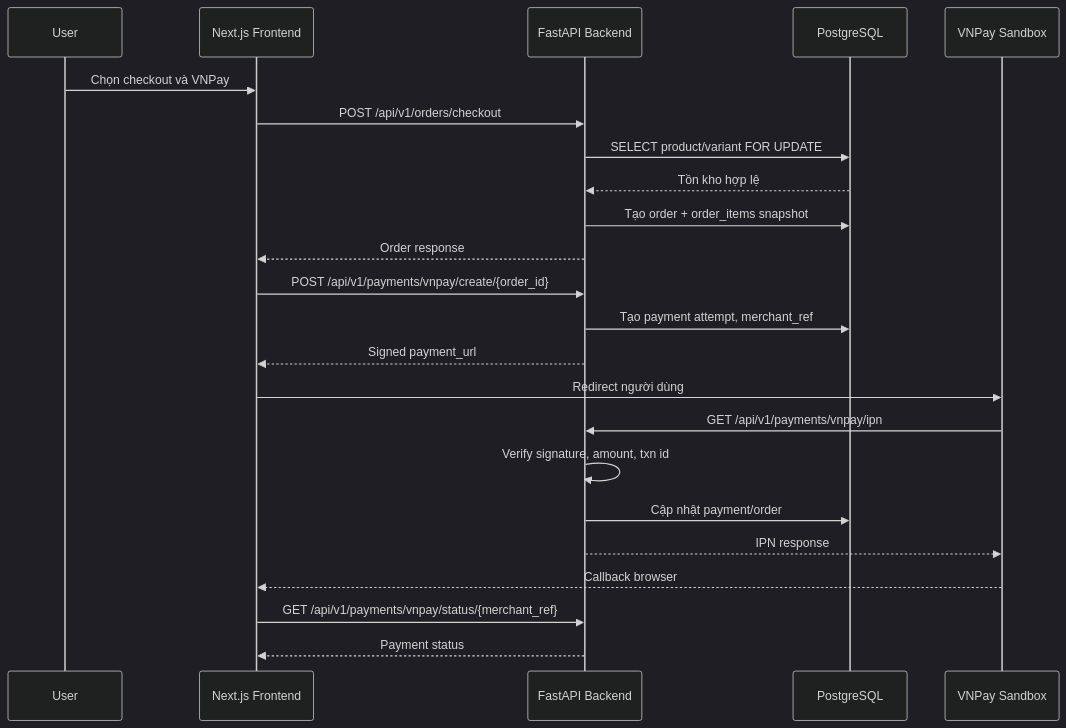
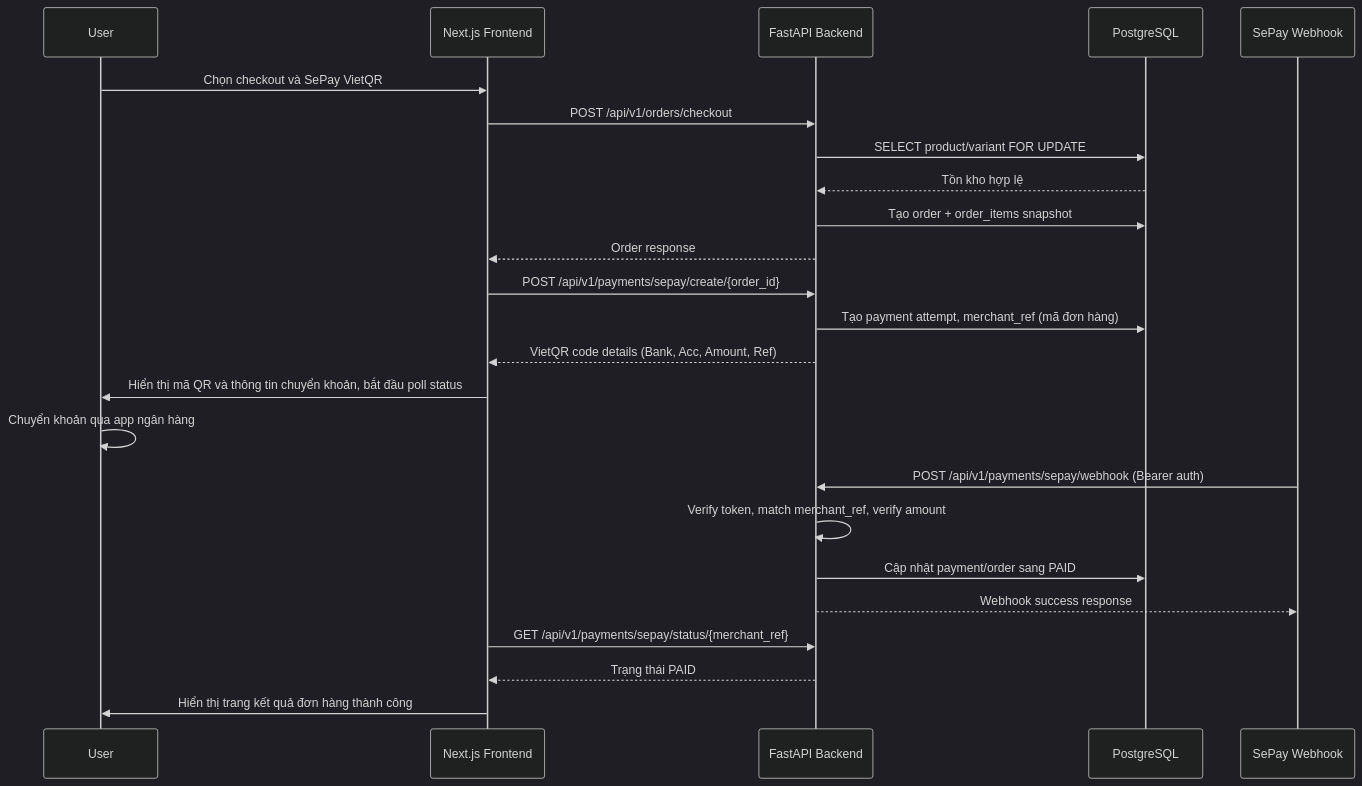
Before and after one commit to quangliz/Petshop: the fifth of 8 diagrams in report/bao-cao-do-an.md, drawn with Mermaid (dark theme). The commit also changed other lines of this file and 18 other files, not shown here.

````diff
--- a/report/bao-cao-do-an.md
+++ b/report/bao-cao-do-an.md
@@ -423,26 +423,27 @@
 ```mermaid
 sequenceDiagram
     participant U as User
     participant FE as Next.js Frontend
     participant API as FastAPI Backend
     participant DB as PostgreSQL
-    participant VN as VNPay Sandbox
+    participant SP as SePay Webhook
 
-    U->>FE: Chọn checkout và VNPay
+    U->>FE: Chọn checkout và SePay VietQR
     FE->>API: POST /api/v1/orders/checkout
     API->>DB: SELECT product/variant FOR UPDATE
     DB-->>API: Tồn kho hợp lệ
     API->>DB: Tạo order + order_items snapshot
     API-->>FE: Order response
-    FE->>API: POST /api/v1/payments/vnpay/create/{order_id}
-    API->>DB: Tạo payment attempt, merchant_ref
-    API-->>FE: Signed payment_url
-    FE->>VN: Redirect người dùng
-    VN->>API: GET /api/v1/payments/vnpay/ipn
-    API->>API: Verify signature, amount, txn id
-    API->>DB: Cập nhật payment/order
-    API-->>VN: IPN response
-    VN-->>FE: Callback browser
-    FE->>API: GET /api/v1/payments/vnpay/status/{merchant_ref}
-    API-->>FE: Payment status
+    FE->>API: POST /api/v1/payments/sepay/create/{order_id}
+    API->>DB: Tạo payment attempt, merchant_ref (mã đơn hàng)
+    API-->>FE: VietQR code details (Bank, Acc, Amount, Ref)
+    FE->>U: Hiển thị mã QR và thông tin chuyển khoản, bắt đầu poll status
+    U->>U: Chuyển khoản qua app ngân hàng
+    SP->>API: POST /api/v1/payments/sepay/webhook (Bearer auth)
+    API->>API: Verify token, match merchant_ref, verify amount
+    API->>DB: Cập nhật payment/order sang PAID
+    API-->>SP: Webhook success response
+    FE->>API: GET /api/v1/payments/sepay/status/{merchant_ref}
+    API-->>FE: Trạng thái PAID
+    FE->>U: Hiển thị trang kết quả đơn hàng thành công
 ```
````
